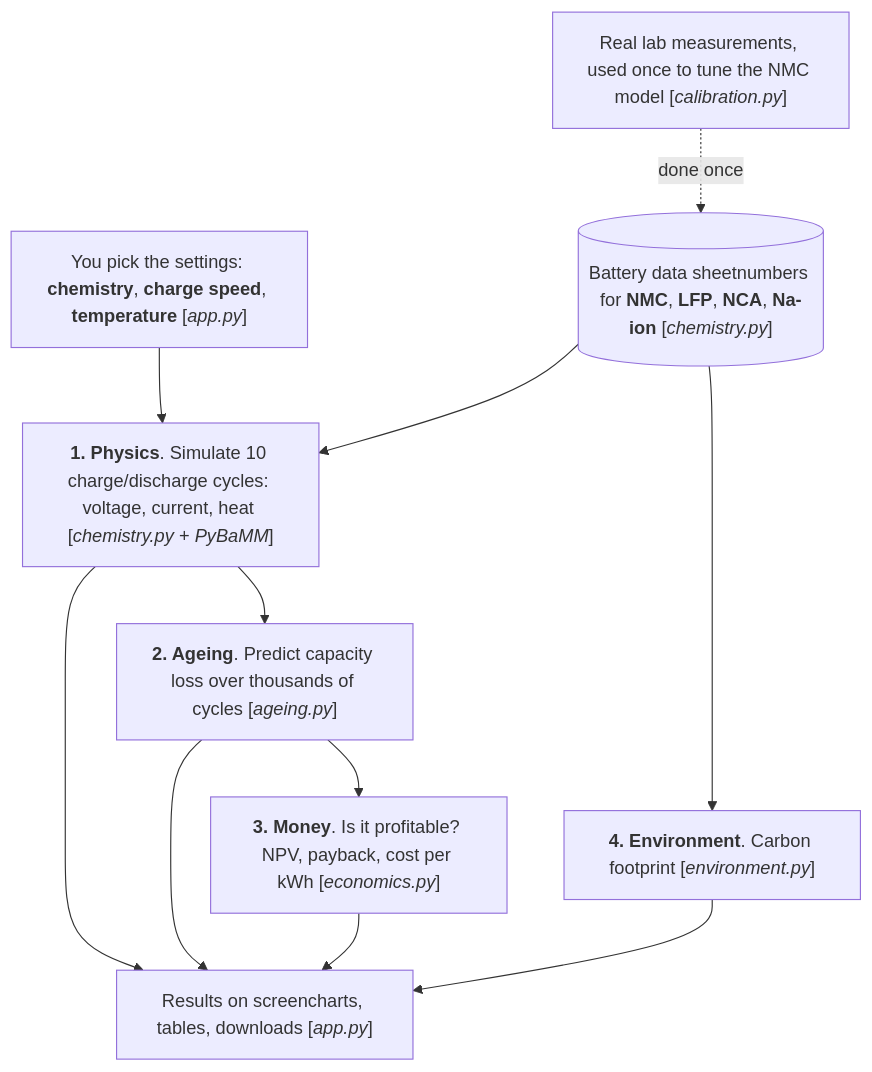
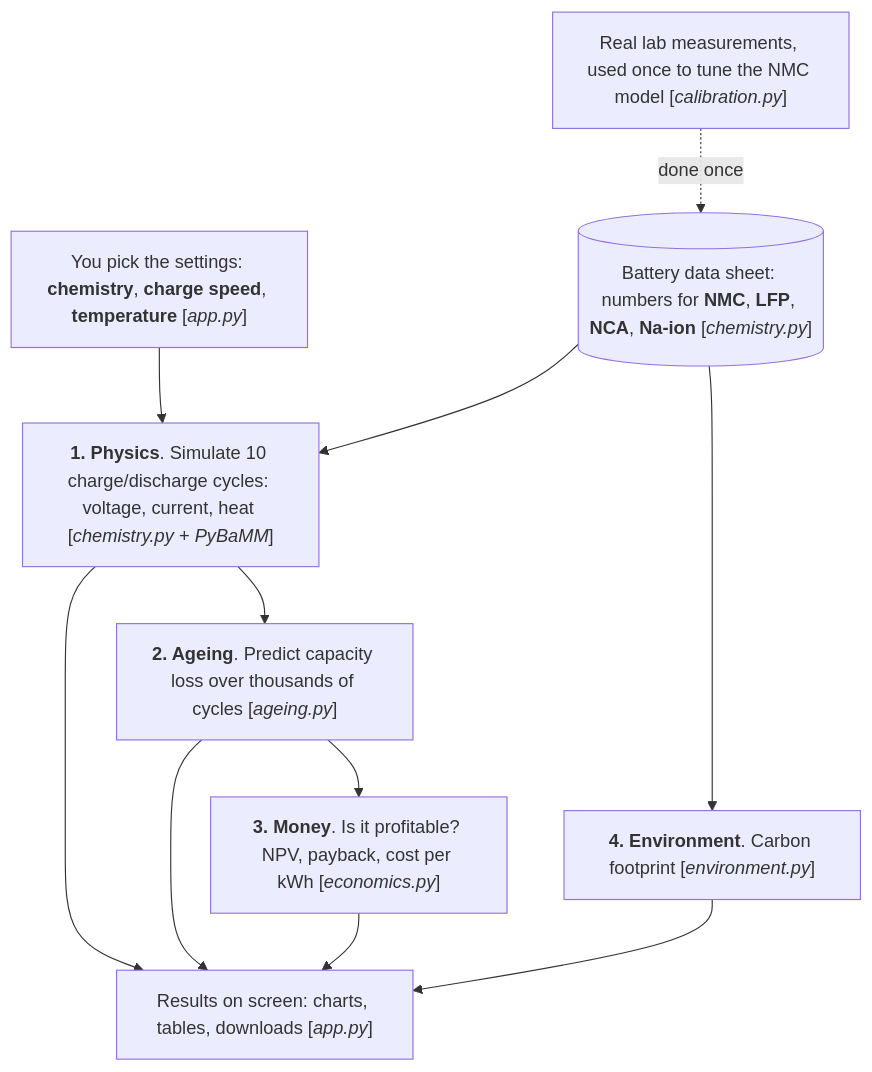
One commit to TheJohn01/DigitalTwinBattery changed the diagram in README.md. Above: the diagram before and after it, drawn with Mermaid. The commit also changed other lines of this file and 6 other files, not shown here.

````diff
--- a/README.md
+++ b/README.md
@@ -23,25 +23,25 @@
 ```mermaid
 flowchart TD
     USER["You pick the settings: <b>chemistry</b>, <b>charge speed</b>, <b>temperature</b> [<i>app.py</i>]"]
-    SHEET[("Battery data sheetnumbers for <b>NMC</b>, <b>LFP</b>, <b>NCA</b>, <b>Na-ion</b> [<i>chemistry.py</i>]")]
+    SHEET[("Battery data sheet: numbers for <b>NMC</b>, <b>LFP</b>, <b>NCA</b>, <b>Na-ion</b> [<i>chemistry.py</i>]")]
     LAB["Real lab measurements, used once to tune the NMC model [<i>calibration.py</i>]"]
 
     PHYS["<b>1. Physics</b>. Simulate 10 charge/discharge cycles: voltage, current, heat [<i>chemistry.py</i> + <i>PyBaMM</i>]"]
     AGE["<b>2. Ageing</b>. Predict capacity loss over thousands of cycles [<i>ageing.py</i>]"]
     MONEY["<b>3. Money</b>. Is it profitable? NPV, payback, cost per kWh [<i>economics.py</i>]"]
     CO2["<b>4. Environment</b>. Carbon footprint [<i>environment.py</i>]"]
-    OUT["Results on screencharts, tables, downloads [<i>app.py</i>]"]
+    OUT["Results on screen: charts, tables, downloads [<i>app.py</i>]"]
 
     USER --> PHYS
     SHEET --> PHYS
     LAB -. "done once" .-> SHEET
     PHYS --> AGE
     AGE --> MONEY
     SHEET --> CO2
     PHYS --> OUT
     AGE --> OUT
     MONEY --> OUT
     CO2 --> OUT
 
   
 ```
````
